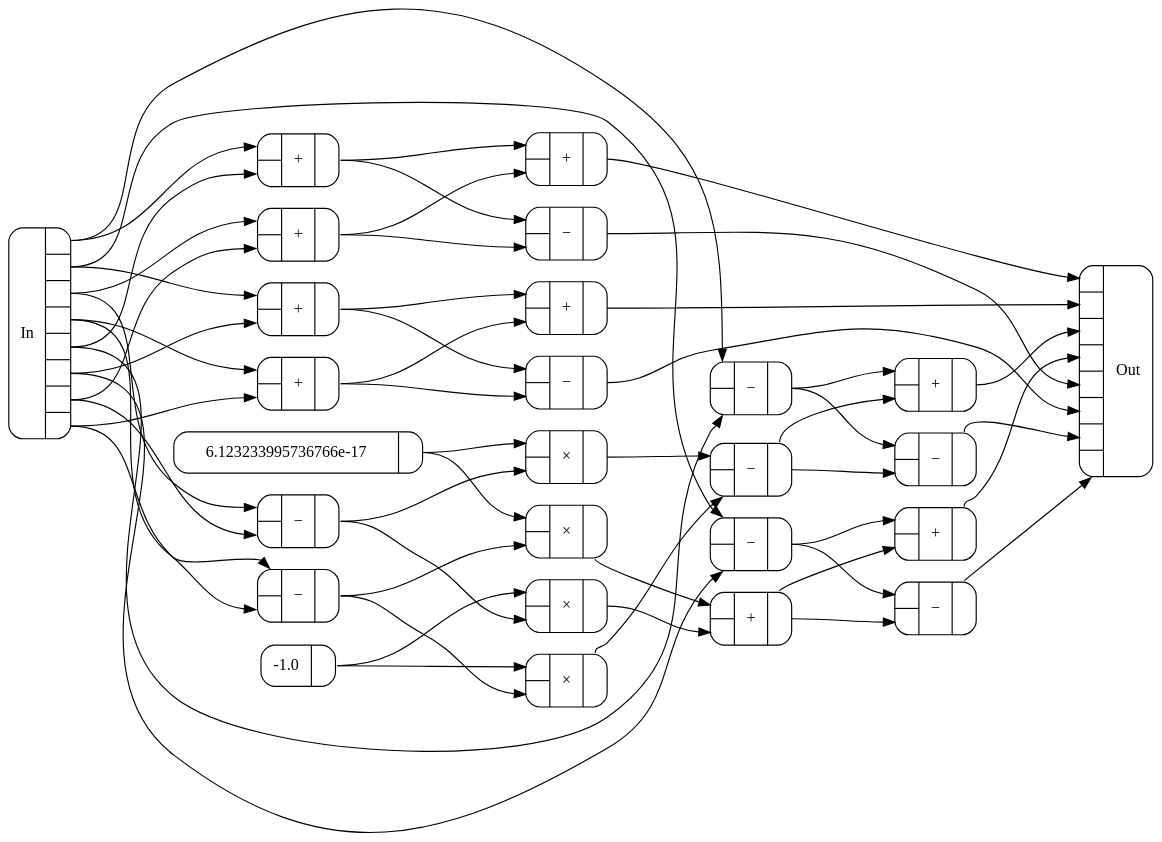
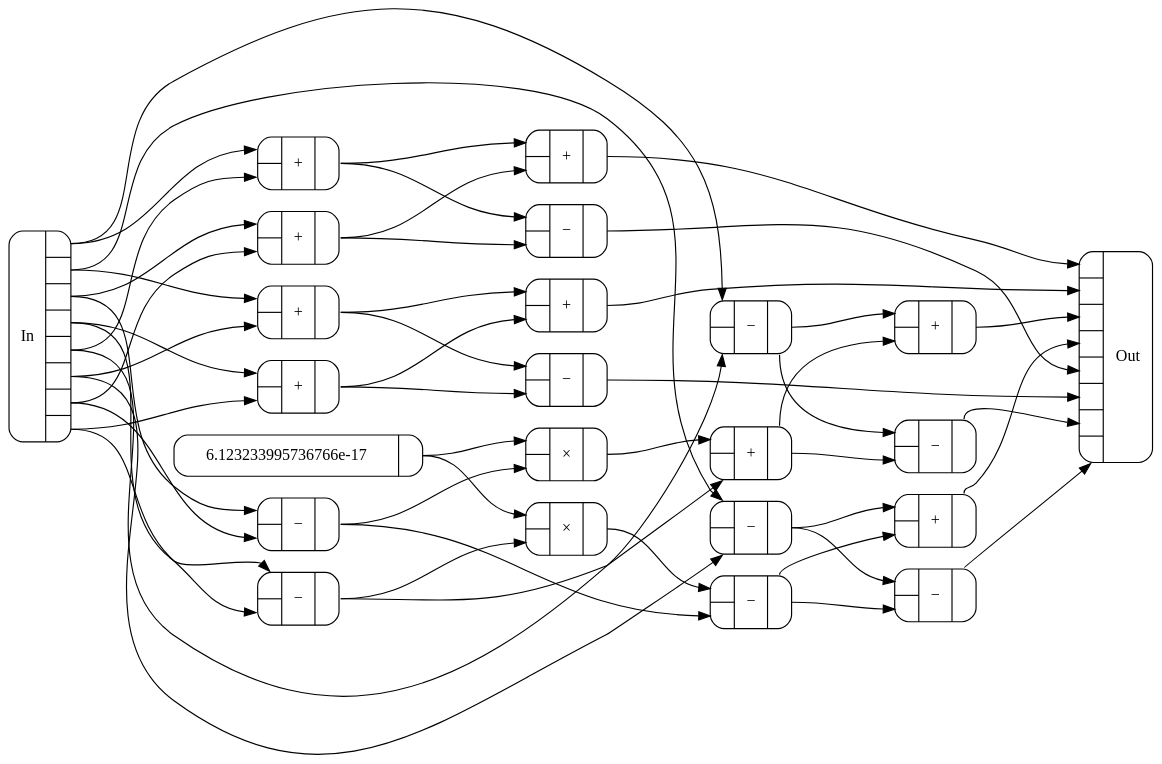
Before and after one commit to conal/talk-2016-generic-fft: the diagram in Figures/circuits/fft-lb2.dot, drawn with Graphviz. The commit also changed 1 other file, not shown here.

```diff
--- a/Figures/circuits/fft-lb2.dot
+++ b/Figures/circuits/fft-lb2.dot
@@ -1,87 +1,80 @@
 digraph fft_lb2 {
   rankdir=LR;
   node [shape=Mrecord];
   bgcolor=transparent;
   nslimit=20;
   ranksep="1.25";
   c0 [label="{{<In0>|<In1>}|+|{<Out0>}}"];
   c1 [label="{{<In0>|<In1>}|+|{<Out0>}}"];
   c2 [label="{{<In0>|<In1>}|+|{<Out0>}}"];
   c3 [label="{{<In0>|<In1>}|+|{<Out0>}}"];
   c4 [label="{{<In0>|<In1>}|+|{<Out0>}}"];
   c5 [label="{{<In0>|<In1>}|+|{<Out0>}}"];
   c6 [label="{{<In0>|<In1>}|+|{<Out0>}}"];
   c7 [label="{{<In0>|<In1>}|+|{<Out0>}}"];
   c8 [label="{{<In0>|<In1>}|+|{<Out0>}}"];
-  c10 [label="{-1.0|{<Out0>}}"];
   c22 [label="{6.123233995736766e-17|{<Out0>}}"];
   c24 [label="{In|{<Out0>|<Out1>|<Out2>|<Out3>|<Out4>|<Out5>|<Out6>|<Out7>}}"];
   c25 [label="{{<In0>|<In1>|<In2>|<In3>|<In4>|<In5>|<In6>|<In7>}|Out}"];
-  c26 [label="{{<In0>|<In1>}|\×|{<Out0>}}"];
-  c27 [label="{{<In0>|<In1>}|\×|{<Out0>}}"];
   c28 [label="{{<In0>|<In1>}|\×|{<Out0>}}"];
   c29 [label="{{<In0>|<In1>}|\×|{<Out0>}}"];
   c30 [label="{{<In0>|<In1>}|\−|{<Out0>}}"];
   c31 [label="{{<In0>|<In1>}|\−|{<Out0>}}"];
   c32 [label="{{<In0>|<In1>}|\−|{<Out0>}}"];
   c33 [label="{{<In0>|<In1>}|\−|{<Out0>}}"];
   c34 [label="{{<In0>|<In1>}|\−|{<Out0>}}"];
   c35 [label="{{<In0>|<In1>}|\−|{<Out0>}}"];
   c36 [label="{{<In0>|<In1>}|\−|{<Out0>}}"];
   c37 [label="{{<In0>|<In1>}|\−|{<Out0>}}"];
   c38 [label="{{<In0>|<In1>}|\−|{<Out0>}}"];
-  c24:Out0 -> c0:In0;
-  c24:Out4 -> c0:In1;
-  c24:Out1 -> c1:In0;
-  c24:Out5 -> c1:In1;
-  c24:Out2 -> c2:In0;
-  c24:Out6 -> c2:In1;
-  c24:Out3 -> c3:In0;
-  c24:Out7 -> c3:In1;
-  c0:Out0 -> c4:In0;
-  c2:Out0 -> c4:In1;
-  c1:Out0 -> c5:In0;
-  c3:Out0 -> c5:In1;
-  c30:Out0 -> c6:In0;
-  c38:Out0 -> c6:In1;
-  c31:Out0 -> c7:In0;
-  c8:Out0 -> c7:In1;
-  c27:Out0 -> c8:In0;
-  c28:Out0 -> c8:In1;
-  c4:Out0 -> c25:In0;
-  c5:Out0 -> c25:In1;
-  c6:Out0 -> c25:In2;
-  c7:Out0 -> c25:In3;
-  c34:Out0 -> c25:In4;
-  c35:Out0 -> c25:In5;
-  c36:Out0 -> c25:In6;
-  c37:Out0 -> c25:In7;
-  c22:Out0 -> c26:In0;
-  c32:Out0 -> c26:In1;
-  c22:Out0 -> c27:In0;
-  c33:Out0 -> c27:In1;
-  c10:Out0 -> c28:In0;
-  c32:Out0 -> c28:In1;
-  c10:Out0 -> c29:In0;
-  c33:Out0 -> c29:In1;
-  c24:Out0 -> c30:In0;
-  c24:Out4 -> c30:In1;
-  c24:Out1 -> c31:In0;
-  c24:Out5 -> c31:In1;
-  c24:Out2 -> c32:In0;
-  c24:Out6 -> c32:In1;
-  c24:Out3 -> c33:In0;
-  c24:Out7 -> c33:In1;
-  c0:Out0 -> c34:In0;
-  c2:Out0 -> c34:In1;
-  c1:Out0 -> c35:In0;
-  c3:Out0 -> c35:In1;
-  c30:Out0 -> c36:In0;
-  c38:Out0 -> c36:In1;
-  c31:Out0 -> c37:In0;
-  c8:Out0 -> c37:In1;
-  c26:Out0 -> c38:In0;
-  c29:Out0 -> c38:In1;
+  c24:Out0 -> c0:In0
+  c24:Out4 -> c0:In1
+  c24:Out1 -> c1:In0
+  c24:Out5 -> c1:In1
+  c24:Out2 -> c2:In0
+  c24:Out6 -> c2:In1
+  c24:Out3 -> c3:In0
+  c24:Out7 -> c3:In1
+  c0:Out0 -> c4:In0
+  c2:Out0 -> c4:In1
+  c1:Out0 -> c5:In0
+  c3:Out0 -> c5:In1
+  c30:Out0 -> c6:In0
+  c8:Out0 -> c6:In1
+  c31:Out0 -> c7:In0
+  c38:Out0 -> c7:In1
+  c28:Out0 -> c8:In0
+  c33:Out0 -> c8:In1
+  c4:Out0 -> c25:In0
+  c5:Out0 -> c25:In1
+  c6:Out0 -> c25:In2
+  c7:Out0 -> c25:In3
+  c34:Out0 -> c25:In4
+  c35:Out0 -> c25:In5
+  c36:Out0 -> c25:In6
+  c37:Out0 -> c25:In7
+  c22:Out0 -> c28:In0
+  c32:Out0 -> c28:In1
+  c22:Out0 -> c29:In0
+  c33:Out0 -> c29:In1
+  c24:Out0 -> c30:In0
+  c24:Out4 -> c30:In1
+  c24:Out1 -> c31:In0
+  c24:Out5 -> c31:In1
+  c24:Out2 -> c32:In0
+  c24:Out6 -> c32:In1
+  c24:Out3 -> c33:In0
+  c24:Out7 -> c33:In1
+  c0:Out0 -> c34:In0
+  c2:Out0 -> c34:In1
+  c1:Out0 -> c35:In0
+  c3:Out0 -> c35:In1
+  c30:Out0 -> c36:In0
+  c8:Out0 -> c36:In1
+  c31:Out0 -> c37:In0
+  c38:Out0 -> c37:In1
+  c29:Out0 -> c38:In0
+  c32:Out0 -> c38:In1
 }
 
-// fft-lb2 components: 9 +, 1 -1.0, 1 6.123233995736766e-17, 4 ×, 9 −, 24 total. Max depth: 4.
+// fft-lb2 components: 9 +, 1 6.123233995736766e-17, 2 ×, 9 −, 21 total. Max depth: 4.
```
